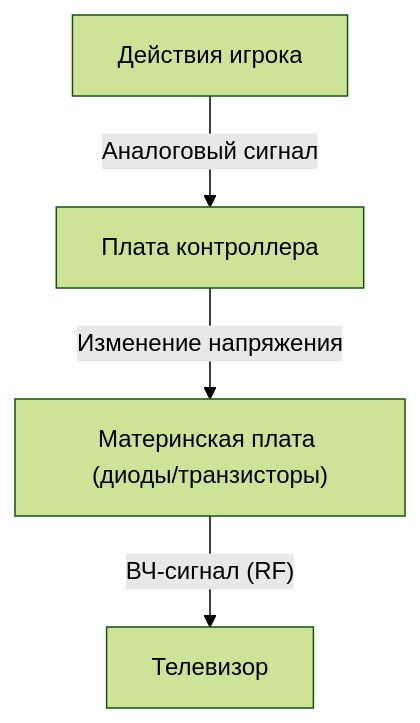
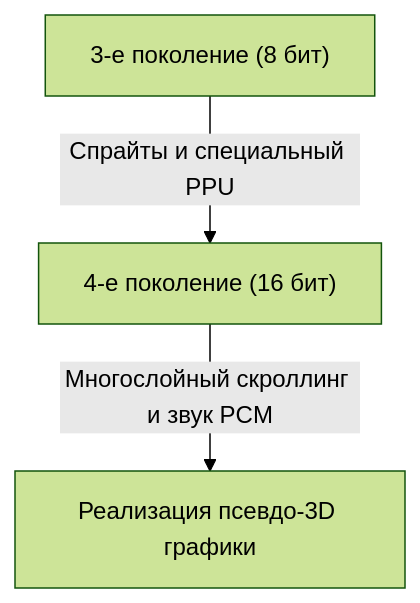
Before and after one commit to kenjinote/blog: the first of 2 diagrams in content/post/history-of-video-game-consoles/index.ru.md, drawn with Mermaid (forest theme). The commit also changed other lines of this file and 129 other files, not shown here.

````diff
--- a/content/post/history-of-video-game-consoles/index.ru.md
+++ b/content/post/history-of-video-game-consoles/index.ru.md
@@ -22,6 +33,5 @@
 ```mermaid
 graph TD
-    A["Действия игрока"] -- "Аналоговый сигнал" --> B["Плата контроллера"]
-    B -- "Изменение напряжения" --> C["Материнская плата (диоды/транзисторы)"]
-    C -- "ВЧ-сигнал (RF)" --> D["Телевизор"]
+  A["3-е поколение (8 бит)"] -- "Спрайты и специальный PPU" --> B["4-е поколение (16 бит)"]
+  B["4-е поколение (16 бит)"] -- "Многослойный скроллинг и звук PCM" --> C["Реализация псевдо-3D графики"]
 ```
````
